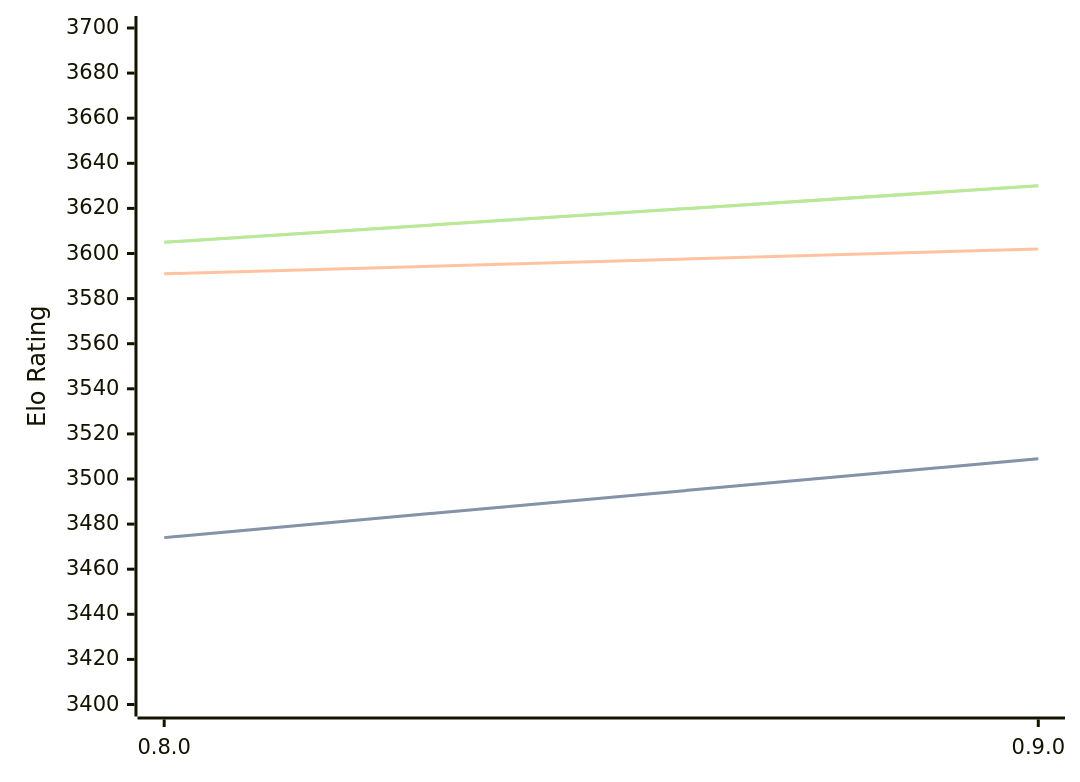
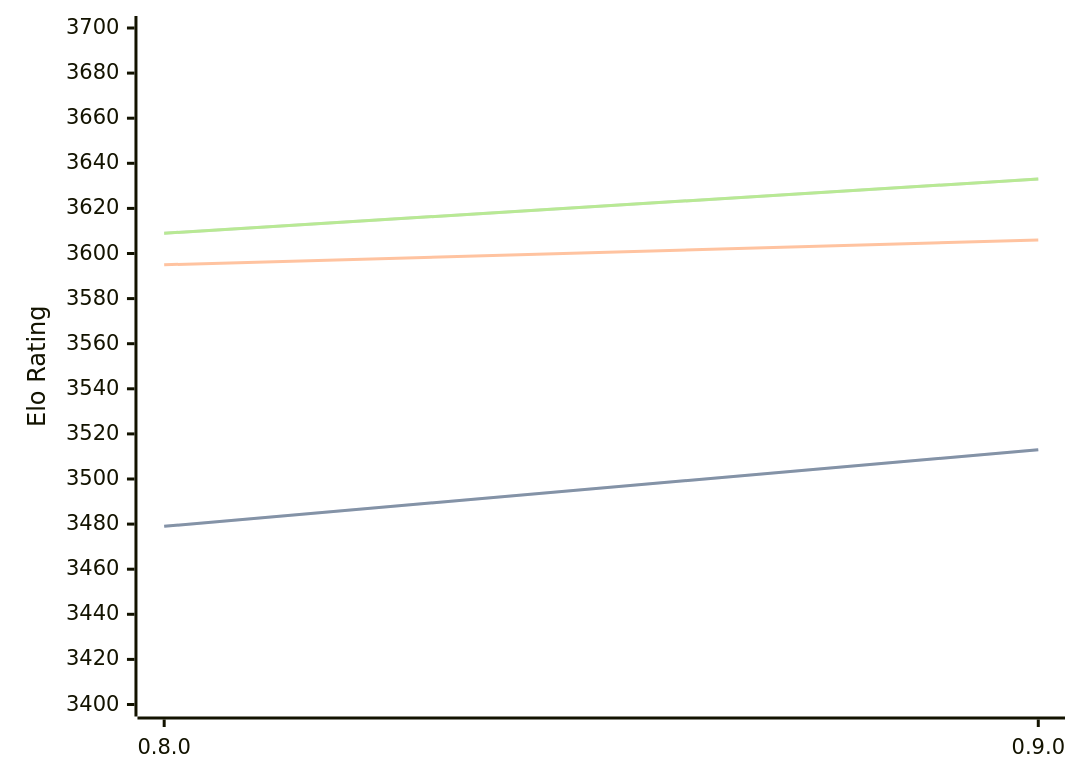
Before and after one commit to computer-chess-index/cci: the diagram in engines/Reckless.md, drawn with Mermaid. The commit also changed other lines of this file, not shown here.

Commit message:
Update CCI Ratings (ELO VLTC) - 2026-04-18

````diff
--- a/engines/Reckless.md
+++ b/engines/Reckless.md
@@ -39,11 +39,11 @@
 ```mermaid
 %%{init: {"theme":"base","themeVariables":{"seriesColors:['#a3a3a3','#222221','#faa371']}}}%%
 xychart-beta
   x-axis ["0.8.0", "0.9.0"]
   y-axis "Elo Rating" 3400 --> 3700
-  line "STC (8.0+0.08s)" [3474, 3509]
-  line "STC (8.0+0.08s)" [3474, 3509]
-  line "LTC (60.0+0.60s)" [3591, 3602]
-  line "VLTC (2m24s+1.12s)" [3605, 3630]
-  line "VLTC (2m24s+1.12s)" [3605, 3630]
+  line "STC (8.0+0.08s)" [3479, 3513]
+  line "STC (8.0+0.08s)" [3479, 3513]
+  line "LTC (60.0+0.60s)" [3595, 3606]
+  line "VLTC (2m24s+1.12s)" [3609, 3633]
+  line "VLTC (2m24s+1.12s)" [3609, 3633]
 ```
````
